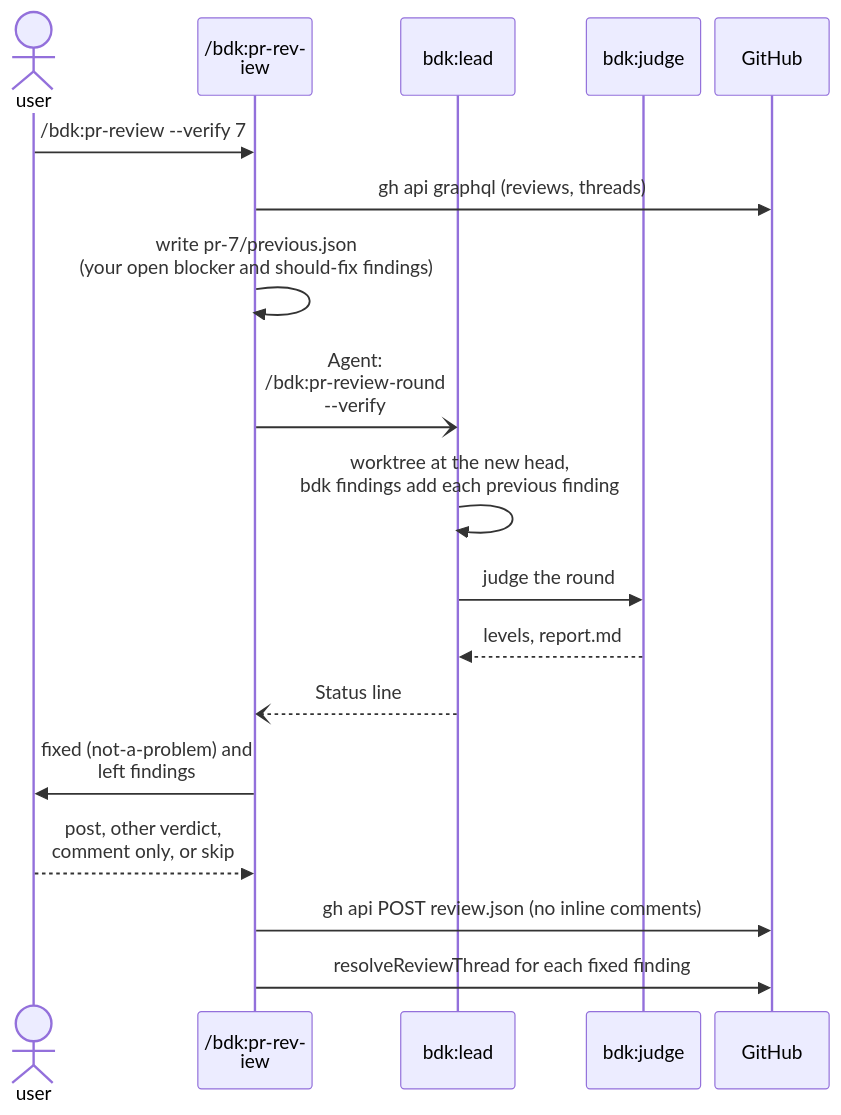
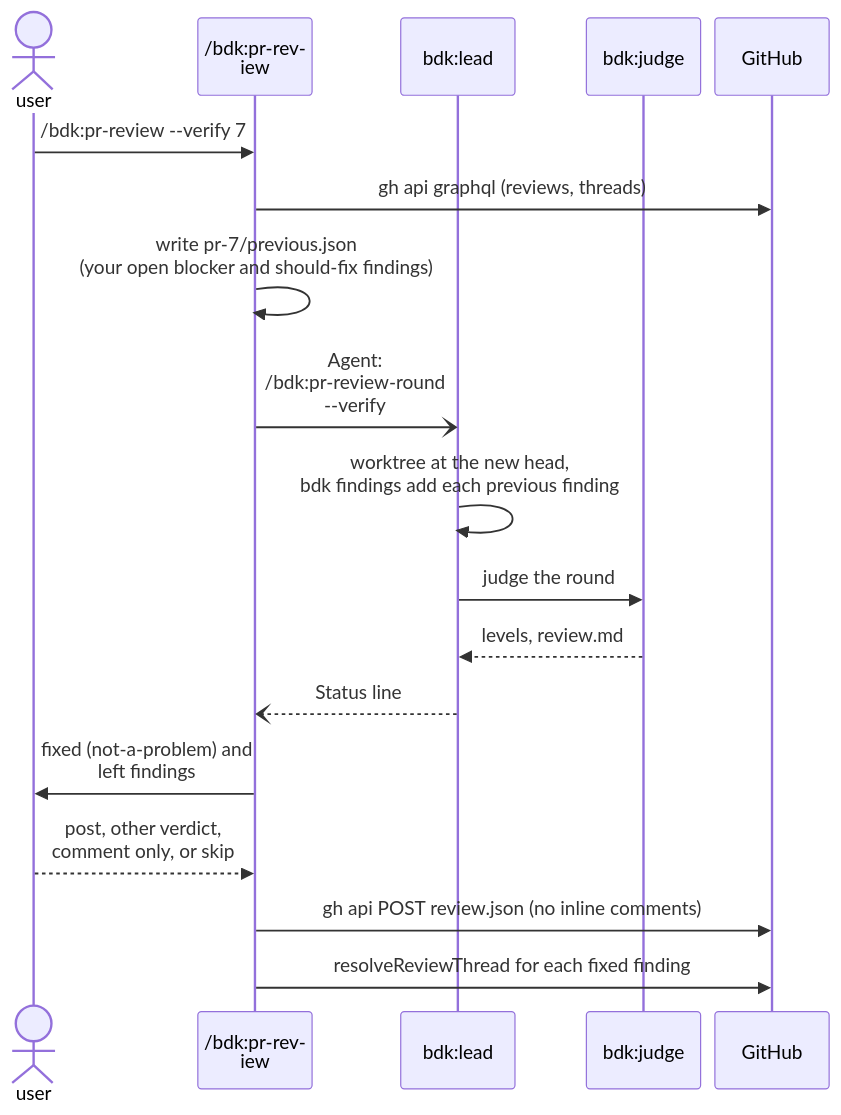
Before and after one commit to broneq/bdk: diagram 14 of 15 in docs/concepts/orchestrators.md, drawn with Mermaid. The commit also changed other lines of this file and 93 other files, not shown here.

````diff
--- a/docs/concepts/orchestrators.md
+++ b/docs/concepts/orchestrators.md
@@ -301,21 +301,21 @@
 ```mermaid
 %%{init: {"sequence": {"actorMargin": 12, "width": 96, "noteMargin": 6, "wrap": true}}}%%
 sequenceDiagram
   actor U as user
   participant M as /bdk:pr-review
   participant L as bdk:lead
   participant J as bdk:judge
   participant G as GitHub
   U->>M: /bdk:pr-review --verify 7
   M->>G: gh api graphql (reviews, threads)
   M->>M: write pr-7/previous.json<br/>(your open blocker and should-fix findings)
   M-)L: Agent: /bdk:pr-review-round --verify
   L->>L: worktree at the new head,<br/>bdk findings add each previous finding
   L->>J: judge the round
-  J-->>L: levels, report.md
+  J-->>L: levels, review.md
   L--)M: Status line
   M->>U: fixed (not-a-problem) and left findings
   U-->>M: post, other verdict,<br/>comment only, or skip
   M->>G: gh api POST review.json (no inline comments)
   M->>G: resolveReviewThread for each fixed finding
 ```
````
